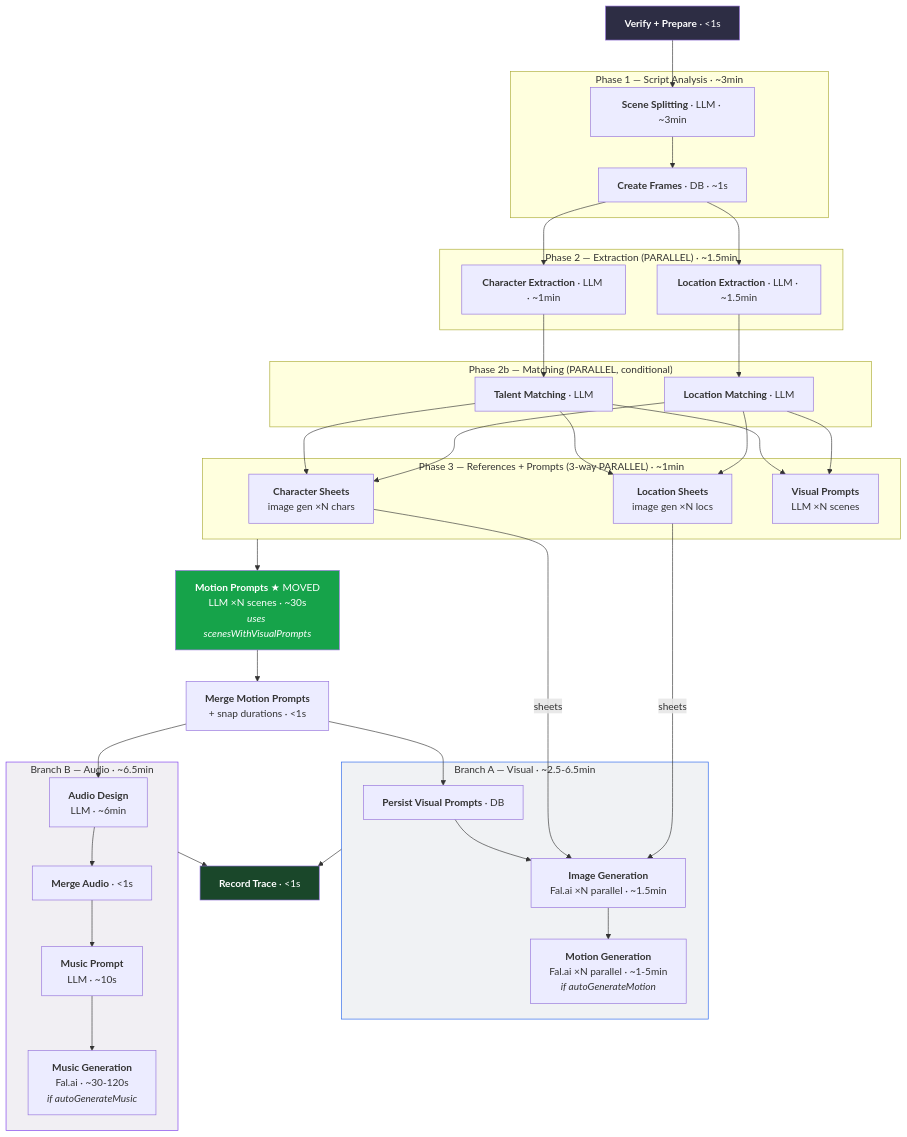
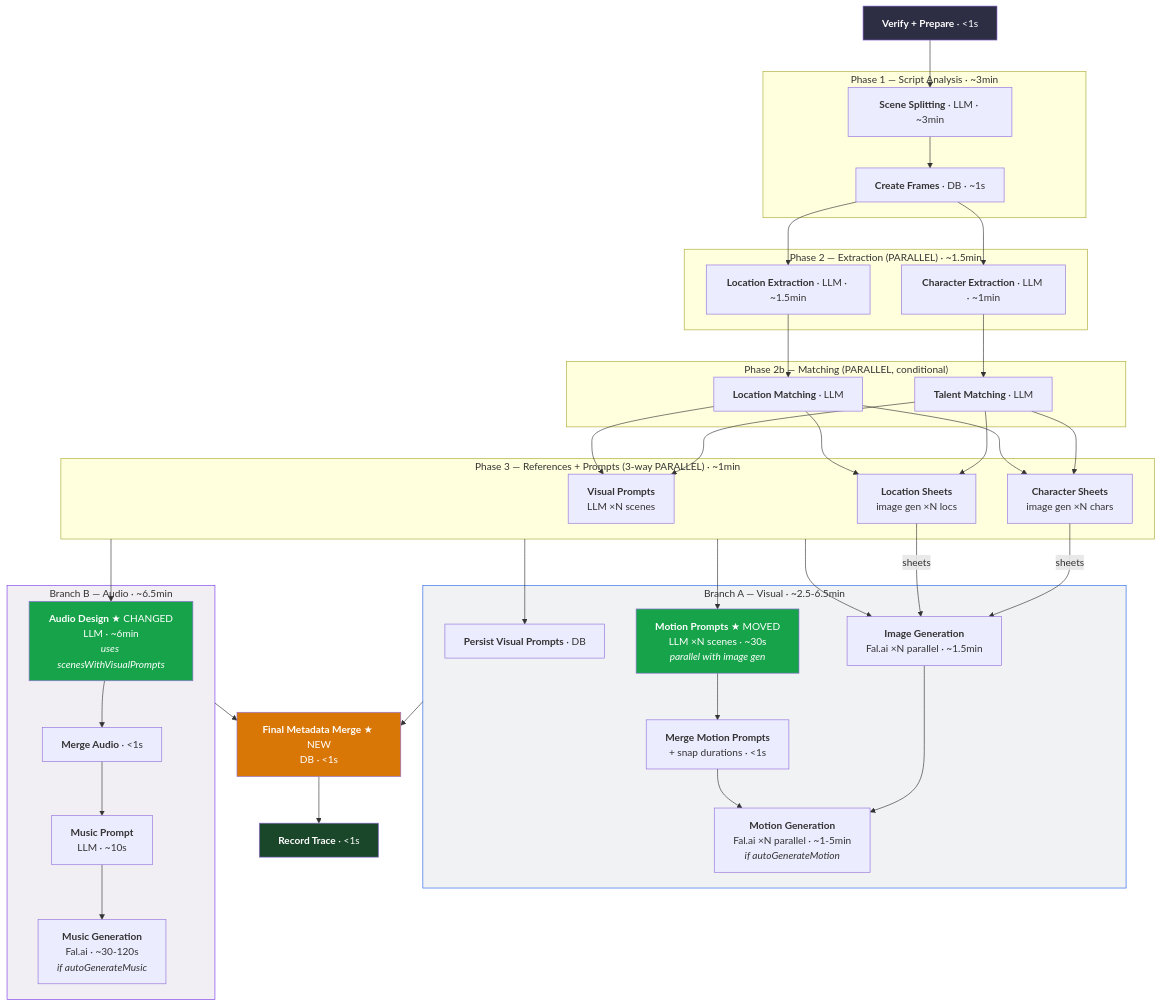
One commit to hhwjsw711/openstory changed the second of 2 diagrams in docs/workflow-optimized.md. Above: the diagram before and after it, drawn with Mermaid. The commit also changed other lines of this file, not shown here.

First line of the commit message:
Parallelize motion prompts with image gen and decouple audio from motion data #407

````diff
--- a/docs/workflow-optimized.md
+++ b/docs/workflow-optimized.md
@@ -203,73 +210,82 @@
 ```mermaid
 flowchart TD
     Verify["<b>Verify + Prepare</b> · <1s"] --> SceneSplit
 
     subgraph "Phase 1 — Script Analysis · ~3min"
         SceneSplit["<b>Scene Splitting</b> · LLM · ~3min"]
         CreateFrames["<b>Create Frames</b> · DB · ~1s"]
         SceneSplit --> CreateFrames
     end
 
     subgraph "Phase 2 — Extraction (PARALLEL) · ~1.5min"
         CharExtract["<b>Character Extraction</b> · LLM · ~1min"]
         LocExtract["<b>Location Extraction</b> · LLM · ~1.5min"]
     end
 
     CreateFrames --> CharExtract
     CreateFrames --> LocExtract
 
     subgraph "Phase 2b — Matching (PARALLEL, conditional)"
         TalentMatch["<b>Talent Matching</b> · LLM"]
         LocMatch["<b>Location Matching</b> · LLM"]
     end
 
     CharExtract --> TalentMatch
     LocExtract --> LocMatch
 
     subgraph phase3 ["Phase 3 — References + Prompts (3-way PARALLEL) · ~1min"]
         CharSheets["<b>Character Sheets</b><br/>image gen ×N chars"]
         LocSheets["<b>Location Sheets</b><br/>image gen ×N locs"]
         VisualPrompts["<b>Visual Prompts</b><br/>LLM ×N scenes"]
     end
 
     TalentMatch --> CharSheets
     TalentMatch --> LocSheets
     TalentMatch --> VisualPrompts
     LocMatch --> CharSheets
     LocMatch --> LocSheets
     LocMatch --> VisualPrompts
 
-    phase3 --> MotionPrompts["<b>Motion Prompts</b> ★ MOVED<br/>LLM ×N scenes · ~30s<br/><i>uses scenesWithVisualPrompts</i>"]
-    MotionPrompts --> MergeMotion["<b>Merge Motion Prompts</b><br/>+ snap durations · <1s"]
-
     subgraph branchA ["Branch A — Visual · ~2.5-6.5min"]
         PersistVisual["<b>Persist Visual Prompts</b> · DB"]
         ImageGen["<b>Image Generation</b><br/>Fal.ai ×N parallel · ~1.5min"]
+        MotionPrompts["<b>Motion Prompts</b> ★ MOVED<br/>LLM ×N scenes · ~30s<br/><i>parallel with image gen</i>"]
+        MergeMotion["<b>Merge Motion Prompts</b><br/>+ snap durations · <1s"]
         MotionGen["<b>Motion Generation</b><br/>Fal.ai ×N parallel · ~1-5min<br/><i>if autoGenerateMotion</i>"]
-        PersistVisual --> ImageGen --> MotionGen
+        PersistVisual
+        ImageGen
+        MotionPrompts
+        MergeMotion
+        ImageGen --> MotionGen
+        MotionPrompts --> MergeMotion --> MotionGen
     end
 
     subgraph branchB ["Branch B — Audio · ~6.5min"]
-        AudioDesign["<b>Audio Design</b><br/>LLM · ~6min"]
+        AudioDesign["<b>Audio Design</b> ★ CHANGED<br/>LLM · ~6min<br/><i>uses scenesWithVisualPrompts</i>"]
         MergeAudio["<b>Merge Audio</b> · <1s"]
         MusicPrompt["<b>Music Prompt</b><br/>LLM · ~10s"]
         MusicGen["<b>Music Generation</b><br/>Fal.ai · ~30-120s<br/><i>if autoGenerateMusic</i>"]
         AudioDesign --> MergeAudio --> MusicPrompt --> MusicGen
     end
 
-    MergeMotion --> PersistVisual
-    MergeMotion --> AudioDesign
+    phase3 --> PersistVisual
+    phase3 --> MotionPrompts
+    phase3 --> AudioDesign
 
+    phase3 --> ImageGen
     CharSheets -->|"sheets"| ImageGen
     LocSheets -->|"sheets"| ImageGen
 
-    branchA --> Trace
-    branchB --> Trace
+    branchA --> FinalMerge
+    branchB --> FinalMerge
+    FinalMerge["<b>Final Metadata Merge</b> ★ NEW<br/>DB · <1s"] --> Trace
     Trace["<b>Record Trace</b> · <1s"]
 
     style MotionPrompts fill:#16a34a,color:#fff
+    style AudioDesign fill:#16a34a,color:#fff
+    style FinalMerge fill:#d97706,color:#fff
     style branchA fill:#1e3a5f11,stroke:#2563eb
     style branchB fill:#2d1b4e11,stroke:#7c3aed
     style Trace fill:#1a472a,color:#fff
     style Verify fill:#2d2d44,color:#fff
 ```
````
